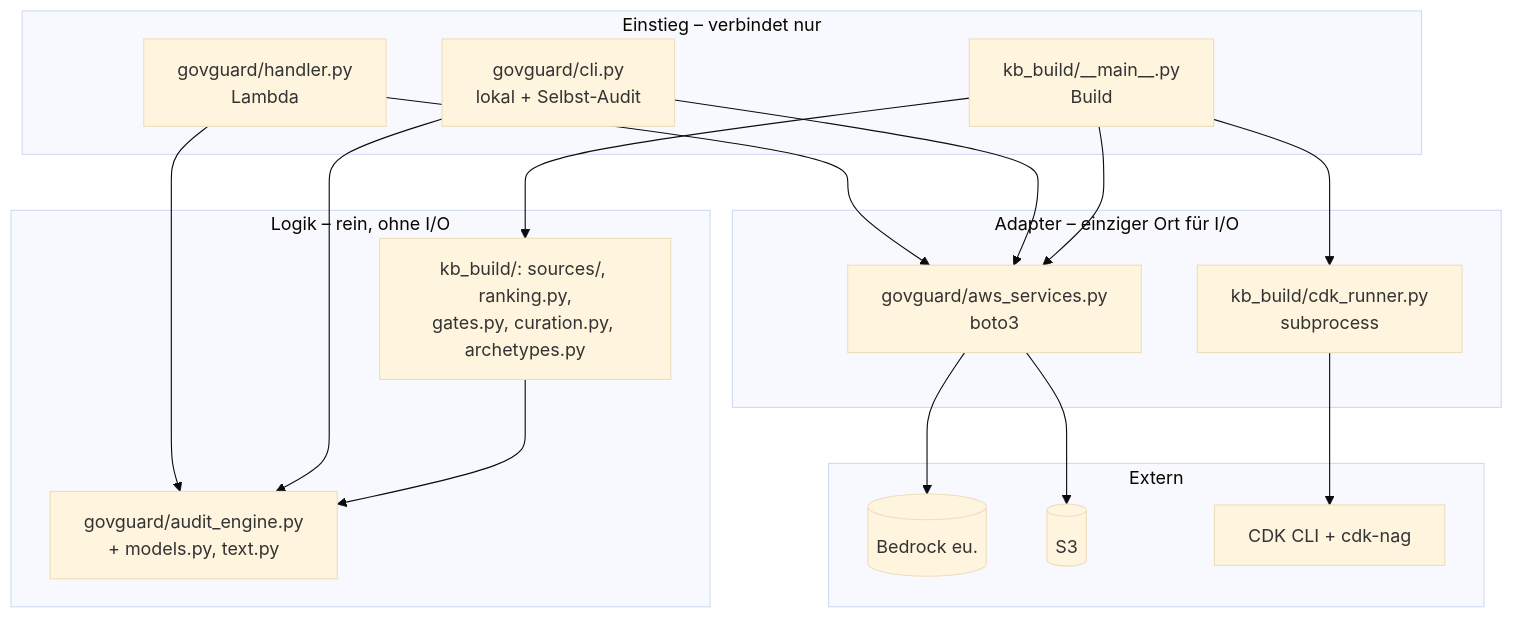
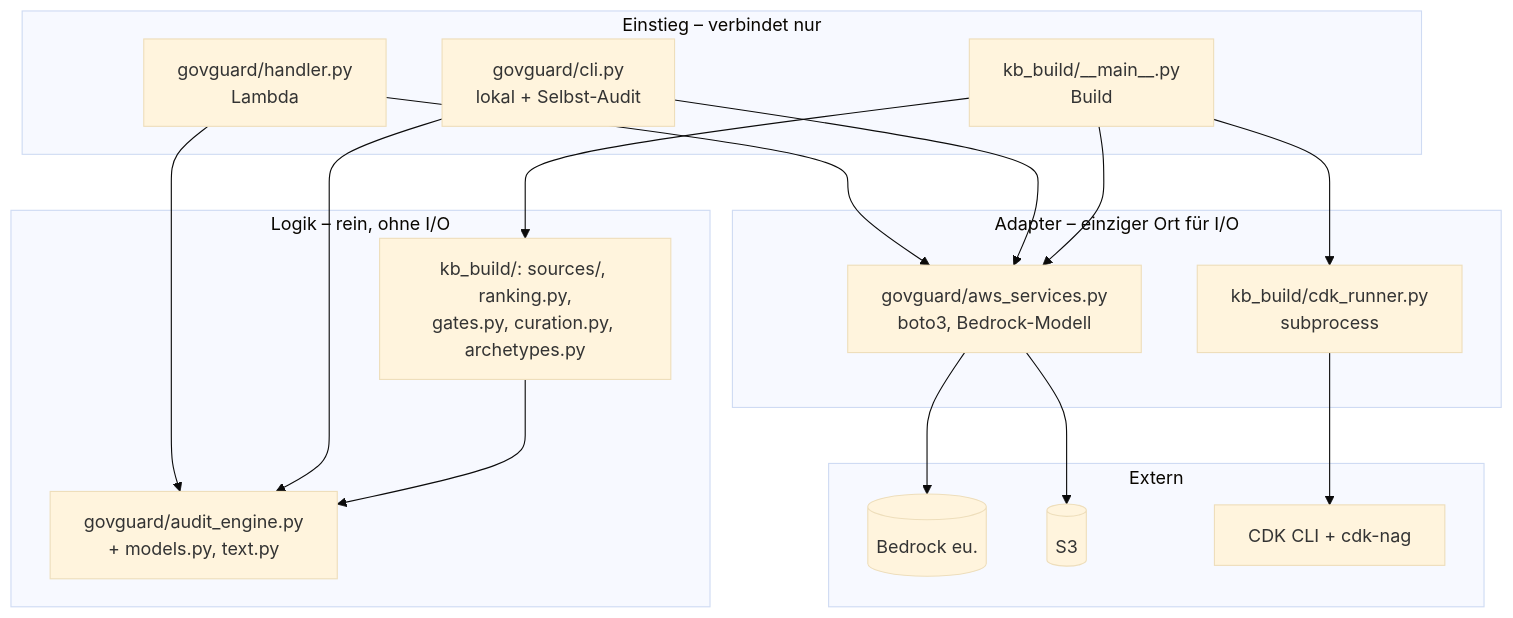
Before and after one commit to Daniel74/GovGuard: the fourth of 4 diagrams in docs/ARCHITECTURE.md, drawn with Mermaid (base theme). The commit also changed other lines of this file and 4 other files, not shown here.

````diff
--- a/docs/ARCHITECTURE.md
+++ b/docs/ARCHITECTURE.md
@@ -236,28 +237,28 @@
 ```mermaid
 flowchart TB
   subgraph E["Einstieg – verbindet nur"]
     H["govguard/handler.py<br/>Lambda"]
     C["govguard/cli.py<br/>lokal + Selbst-Audit"]
     M["kb_build/__main__.py<br/>Build"]
   end
   subgraph L["Logik – rein, ohne I/O"]
     AE["govguard/audit_engine.py<br/>+ models.py, text.py"]
     KB["kb_build/: sources/, ranking.py,<br/>gates.py, curation.py, archetypes.py"]
   end
   subgraph A["Adapter – einziger Ort für I/O"]
-    AWS["govguard/aws_services.py<br/>boto3"]
+    AWS["govguard/aws_services.py<br/>boto3, Bedrock-Modell"]
     CDK["kb_build/cdk_runner.py<br/>subprocess"]
   end
   subgraph X["Extern"]
     B[("Bedrock eu.")]
     S3[("S3")]
     CL["CDK CLI + cdk-nag"]
   end
   H & C --> AE
   H & C --> AWS
   M --> KB
   M --> AWS & CDK
   KB --> AE
   AWS --> B & S3
   CDK --> CL
 ```
````
